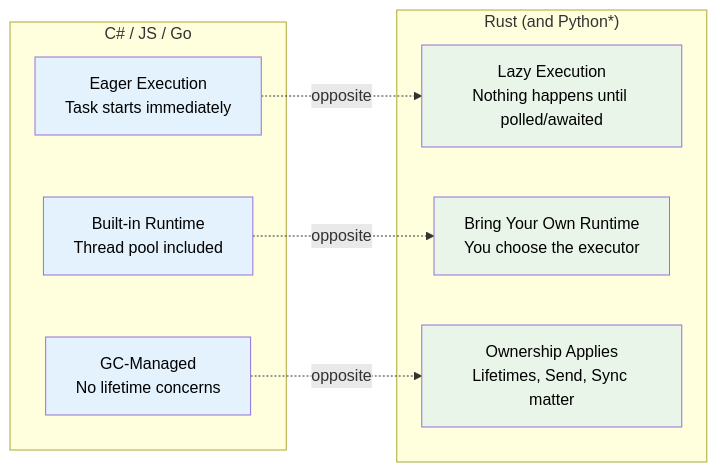
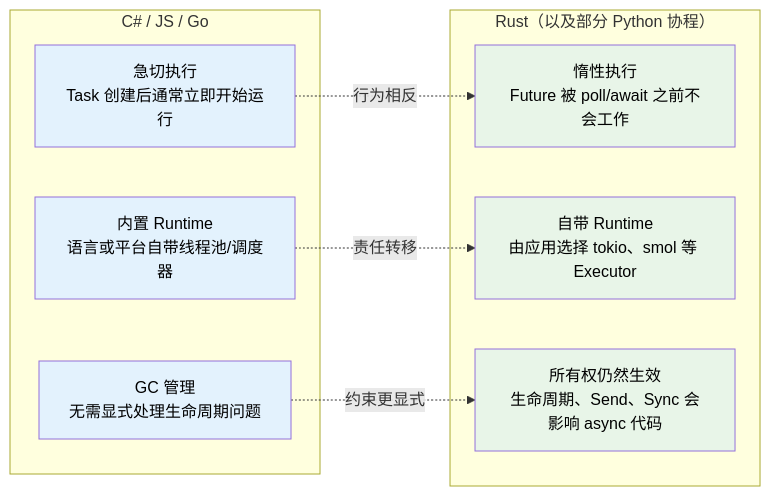
The first of 2 diagrams in async-book/src-zh/ch01-why-async-is-different-in-rust.md (hearsay316/RustTraining), drawn with Mermaid before and after one commit. The commit also changed other lines of this file and 18 other files, not shown here.

````diff
--- a/async-book/src-zh/ch01-why-async-is-different-in-rust.md
+++ b/async-book/src-zh/ch01-why-async-is-different-in-rust.md
@@ -19,25 +19,25 @@
 ```mermaid
 graph LR
     subgraph "C# / JS / Go"
-        EAGER["Eager Execution<br/>Task starts immediately"]
-        BUILTIN["Built-in Runtime<br/>Thread pool included"]
-        GC["GC-Managed<br/>No lifetime concerns"]
+        EAGER["急切执行<br/>Task 创建后通常立即开始运行"]
+        BUILTIN["内置 Runtime<br/>语言或平台自带线程池/调度器"]
+        GC["GC 管理<br/>无需显式处理生命周期问题"]
     end
 
-    subgraph "Rust (and Python*)"
-        LAZY["Lazy Execution<br/>Nothing happens until polled/awaited"]
-        BYOB["Bring Your Own Runtime<br/>You choose the executor"]
-        OWNED["Ownership Applies<br/>Lifetimes, Send, Sync matter"]
+    subgraph "Rust（以及部分 Python 协程）"
+        LAZY["惰性执行<br/>Future 被 poll/await 之前不会工作"]
+        BYOB["自带 Runtime<br/>由应用选择 tokio、smol 等 Executor"]
+        OWNED["所有权仍然生效<br/>生命周期、Send、Sync 会影响 async 代码"]
     end
 
-    EAGER -. "opposite" .-> LAZY
-    BUILTIN -. "opposite" .-> BYOB
-    GC -. "opposite" .-> OWNED
+    EAGER -. "行为相反" .-> LAZY
+    BUILTIN -. "责任转移" .-> BYOB
+    GC -. "约束更显式" .-> OWNED
 
     style LAZY fill:#e8f5e8,color:#000
     style BYOB fill:#e8f5e8,color:#000
     style OWNED fill:#e8f5e8,color:#000
     style EAGER fill:#e3f2fd,color:#000
     style BUILTIN fill:#e3f2fd,color:#000
     style GC fill:#e3f2fd,color:#000
 ```
````
